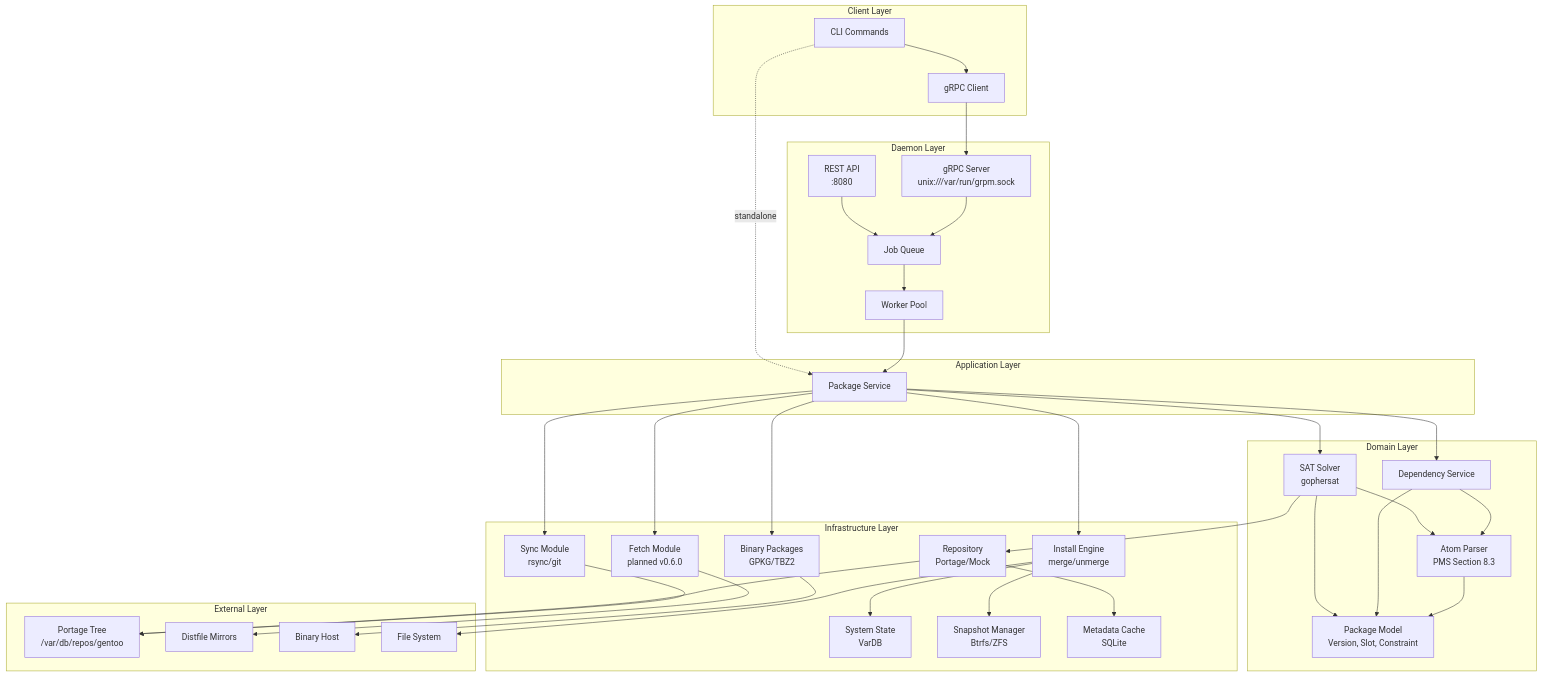
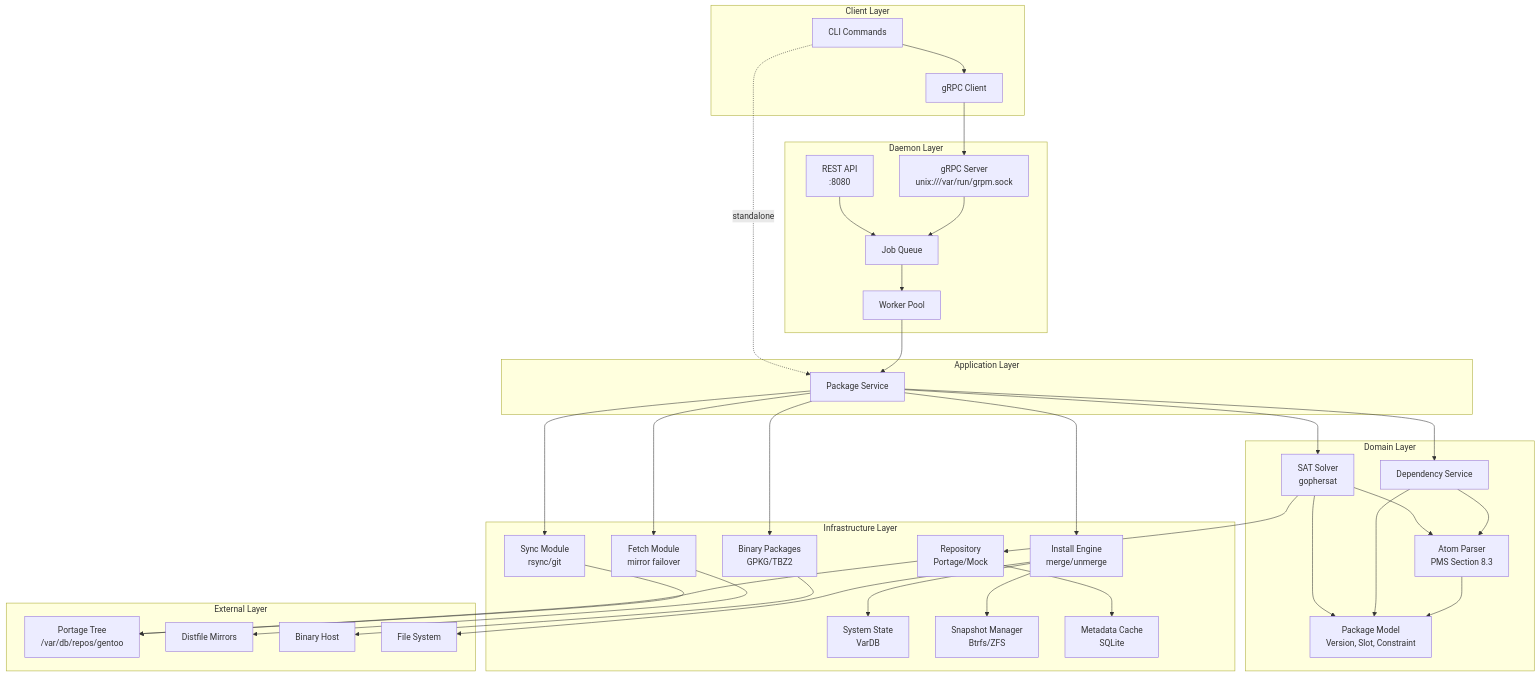
The diagram in docs/ARCHITECTURE.md (grpmsoft/grpm), drawn with Mermaid before and after one commit. The commit also changed other lines of this file and 28 other files, not shown here.

````diff
--- a/docs/ARCHITECTURE.md
+++ b/docs/ARCHITECTURE.md
@@ -5,77 +5,77 @@
 ```mermaid
 flowchart TB
     subgraph Client["Client Layer"]
         CLI[CLI Commands]
         GRPC_CLIENT[gRPC Client]
     end
 
     subgraph Daemon["Daemon Layer"]
         GRPC_SERVER[gRPC Server<br/>unix:///var/run/grpm.sock]
         REST_API[REST API<br/>:8080]
         JOB_QUEUE[Job Queue]
         WORKERS[Worker Pool]
     end
 
     subgraph Application["Application Layer"]
         PKG_SERVICE[Package Service]
     end
 
     subgraph Domain["Domain Layer"]
         SOLVER[SAT Solver<br/>gophersat]
         PKG[Package Model<br/>Version, Slot, Constraint]
         ATOM[Atom Parser<br/>PMS Section 8.3]
         DEP_SERVICE[Dependency Service]
     end
 
     subgraph Infrastructure["Infrastructure Layer"]
         REPO[Repository<br/>Portage/Mock]
         SYNC[Sync Module<br/>rsync/git]
-        FETCH[Fetch Module<br/>planned v0.6.0]
+        FETCH[Fetch Module<br/>mirror failover]
         INSTALL[Install Engine<br/>merge/unmerge]
         BINPKG[Binary Packages<br/>GPKG/TBZ2]
         STATE[System State<br/>VarDB]
         SNAPSHOT[Snapshot Manager<br/>Btrfs/ZFS]
         CACHE[Metadata Cache<br/>SQLite]
     end
 
     subgraph External["External Layer"]
         PORTAGE_TREE[Portage Tree<br/>/var/db/repos/gentoo]
         MIRRORS[Distfile Mirrors]
         BINHOST[Binary Host]
         FS[File System]
     end
 
     CLI --> GRPC_CLIENT
     CLI -.->|standalone| PKG_SERVICE
     GRPC_CLIENT --> GRPC_SERVER
     REST_API --> JOB_QUEUE
     GRPC_SERVER --> JOB_QUEUE
     JOB_QUEUE --> WORKERS
     WORKERS --> PKG_SERVICE
 
     PKG_SERVICE --> SOLVER
     PKG_SERVICE --> DEP_SERVICE
     SOLVER --> PKG
     SOLVER --> ATOM
     DEP_SERVICE --> PKG
     DEP_SERVICE --> ATOM
     ATOM --> PKG
 
     SOLVER --> REPO
     REPO --> CACHE
     REPO --> PORTAGE_TREE
 
     PKG_SERVICE --> SYNC
     SYNC --> PORTAGE_TREE
 
     PKG_SERVICE --> FETCH
     FETCH --> MIRRORS
 
     PKG_SERVICE --> INSTALL
     INSTALL --> STATE
     INSTALL --> SNAPSHOT
     INSTALL --> FS
 
     PKG_SERVICE --> BINPKG
     BINPKG --> BINHOST
 ```
````
